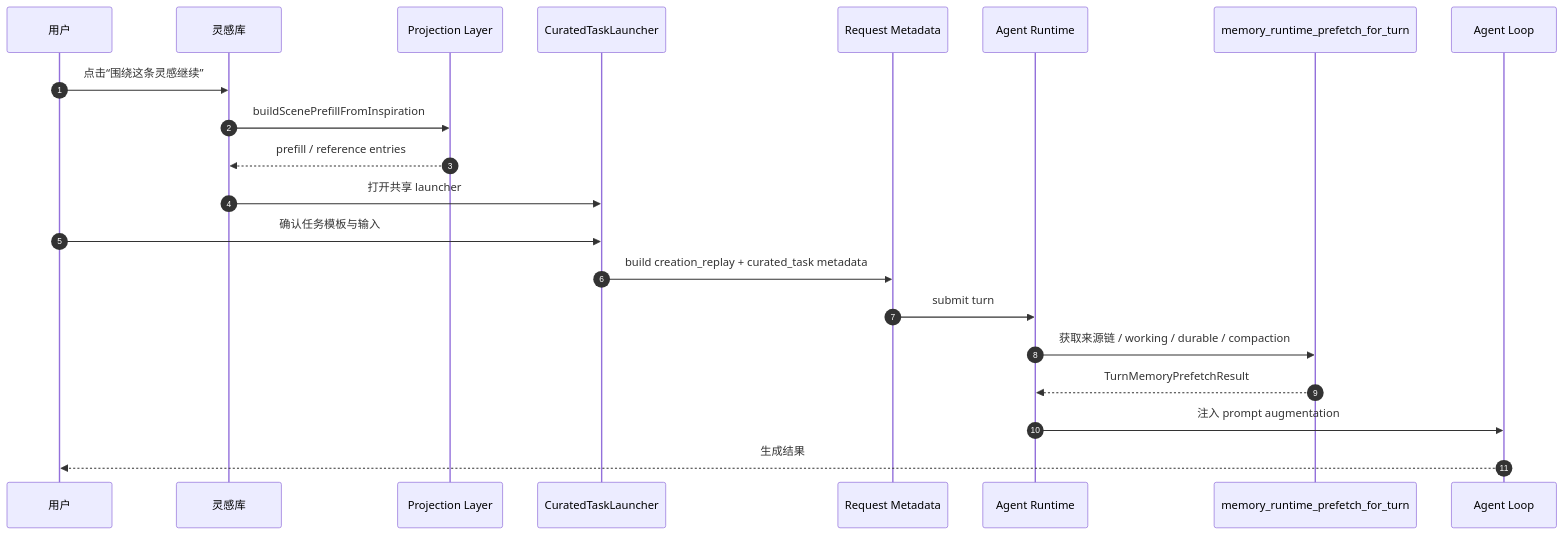
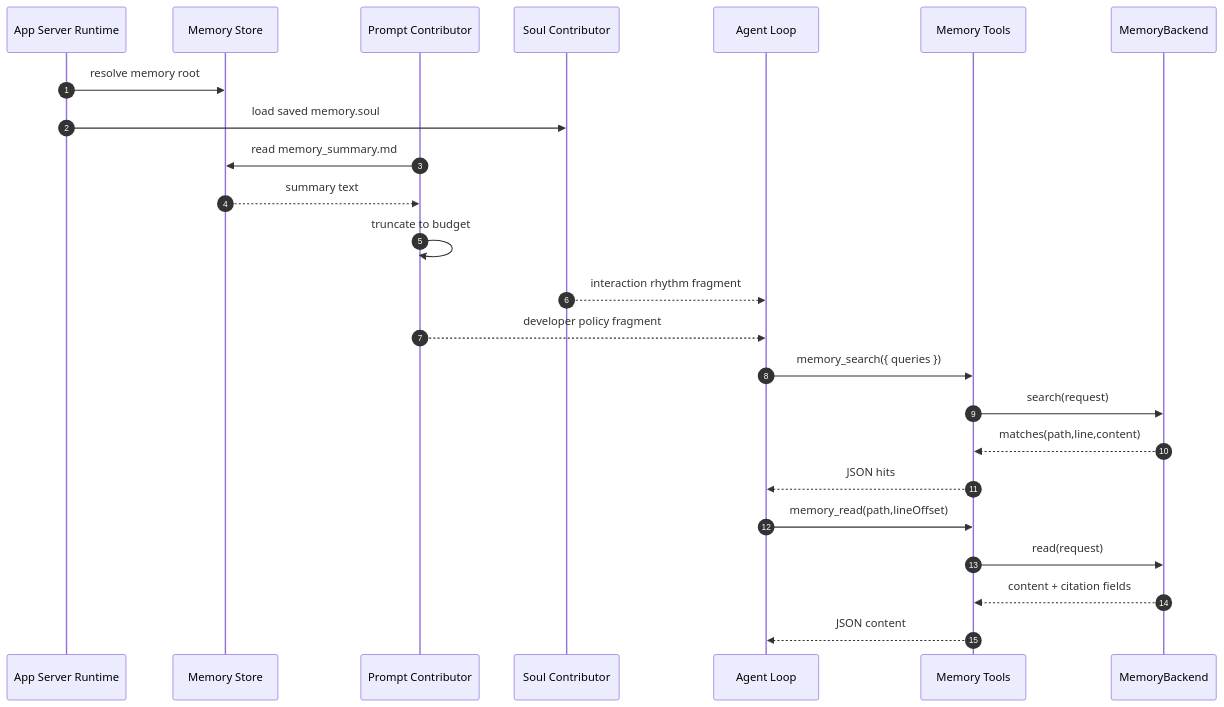
One commit to jiujuan/lime changed the second of 7 diagrams in internal/roadmap/memory/diagrams.md. Above: the diagram before and after it, drawn with Mermaid. The commit also changed other lines of this file and 515 other files, not shown here.

````diff
--- a/internal/roadmap/memory/diagrams.md
+++ b/internal/roadmap/memory/diagrams.md
@@ -176,24 +62,27 @@
 ```mermaid
 sequenceDiagram
   autonumber
-  participant U as 用户
-  participant Page as 灵感库
-  participant Projection as Projection Layer
-  participant Launcher as CuratedTaskLauncher
-  participant Metadata as Request Metadata
-  participant Runtime as Agent Runtime
-  participant Prefetch as memory_runtime_prefetch_for_turn
+  participant Runtime as App Server Runtime
+  participant Store as Memory Store
+  participant Prompt as Prompt Contributor
+  participant Soul as Soul Contributor
   participant Agent as Agent Loop
+  participant Tools as Memory Tools
+  participant Backend as MemoryBackend
 
-  U->>Page: 点击“围绕这条灵感继续”
-  Page->>Projection: buildScenePrefillFromInspiration
-  Projection-->>Page: prefill / reference entries
-  Page->>Launcher: 打开共享 launcher
-  U->>Launcher: 确认任务模板与输入
-  Launcher->>Metadata: build creation_replay + curated_task metadata
-  Metadata->>Runtime: submit turn
-  Runtime->>Prefetch: 获取来源链 / working / durable / compaction
-  Prefetch-->>Runtime: TurnMemoryPrefetchResult
-  Runtime->>Agent: 注入 prompt augmentation
-  Agent-->>U: 生成结果
+  Runtime->>Store: resolve memory root
+  Runtime->>Soul: load saved memory.soul
+  Prompt->>Store: read memory_summary.md
+  Store-->>Prompt: summary text
+  Prompt->>Prompt: truncate to budget
+  Soul-->>Agent: interaction rhythm fragment
+  Prompt-->>Agent: developer policy fragment
+  Agent->>Tools: memory_search({ queries })
+  Tools->>Backend: search(request)
+  Backend-->>Tools: matches(path,line,content)
+  Tools-->>Agent: JSON hits
+  Agent->>Tools: memory_read(path,lineOffset)
+  Tools->>Backend: read(request)
+  Backend-->>Tools: content + citation fields
+  Tools-->>Agent: JSON content
 ```
````
